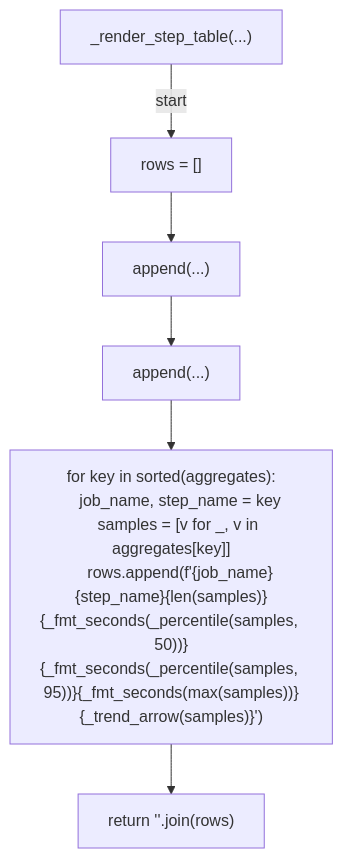
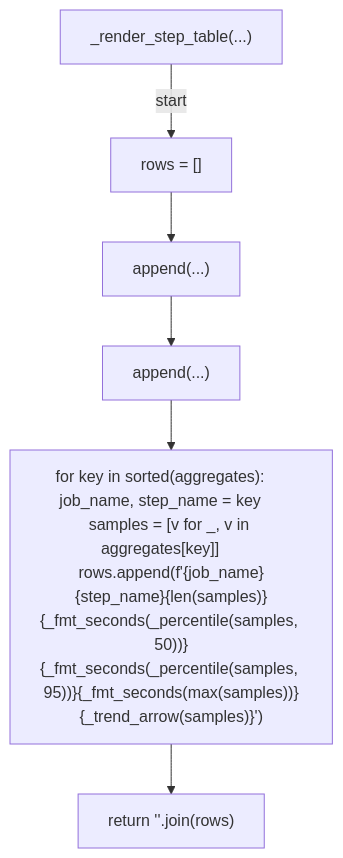
Before and after one commit to tvna/claude-md: diagram 14 of 25 in docs/generated/scripts/ast/analyze_ci_timings.md, drawn with Mermaid. The commit also changed other lines of this file and 20 other files, not shown here.

First line of the commit message:
docs(generated): regenerate decision tree and workflow diagrams (batch 1/5)

````diff
--- a/docs/generated/scripts/ast/analyze_ci_timings.md
+++ b/docs/generated/scripts/ast/analyze_ci_timings.md
@@ -325,17 +248,14 @@
 ```mermaid
 flowchart TD
     N001["_render_step_table(...)"]
     N002["rows = []"]
     N003["append(...)"]
     N004["append(...)"]
-    N005["for key in sorted(aggregates):
-    job_name, step_name = key
-    samples = [v for _, v in aggregates[key]]
-    rows.append(f'<str>{job_name}<str>{step_name}<str>{len(samples)}<str>{_fmt_seconds(_percentile(samples, 50))}<str>{_fmt_seconds(_percentile(samples, 95))}<str>{_fmt_seconds(max(samples))}<str>{_trend_arrow(samples)}<str>')"]
+    N005["for key in sorted(aggregates):     job_name, step_name = key     samples = [v for _, v in aggregates[key]]     rows.append(f'<str>{job_name}<str>{step_name}<str>{len(samples)}<str>{_fmt_seconds(_percentile(samples, 50))}<str>{_fmt_seconds(_percentile(samples, 95))}<str>{_fmt_seconds(max(samples))}<str>{_trend_arrow(samples)}<str>')"]
     N006["return '<str>'.join(rows)"]
     N001 -->|"start"| N002
     N002 --> N003
     N003 --> N004
     N004 --> N005
     N005 --> N006
 ```
````
